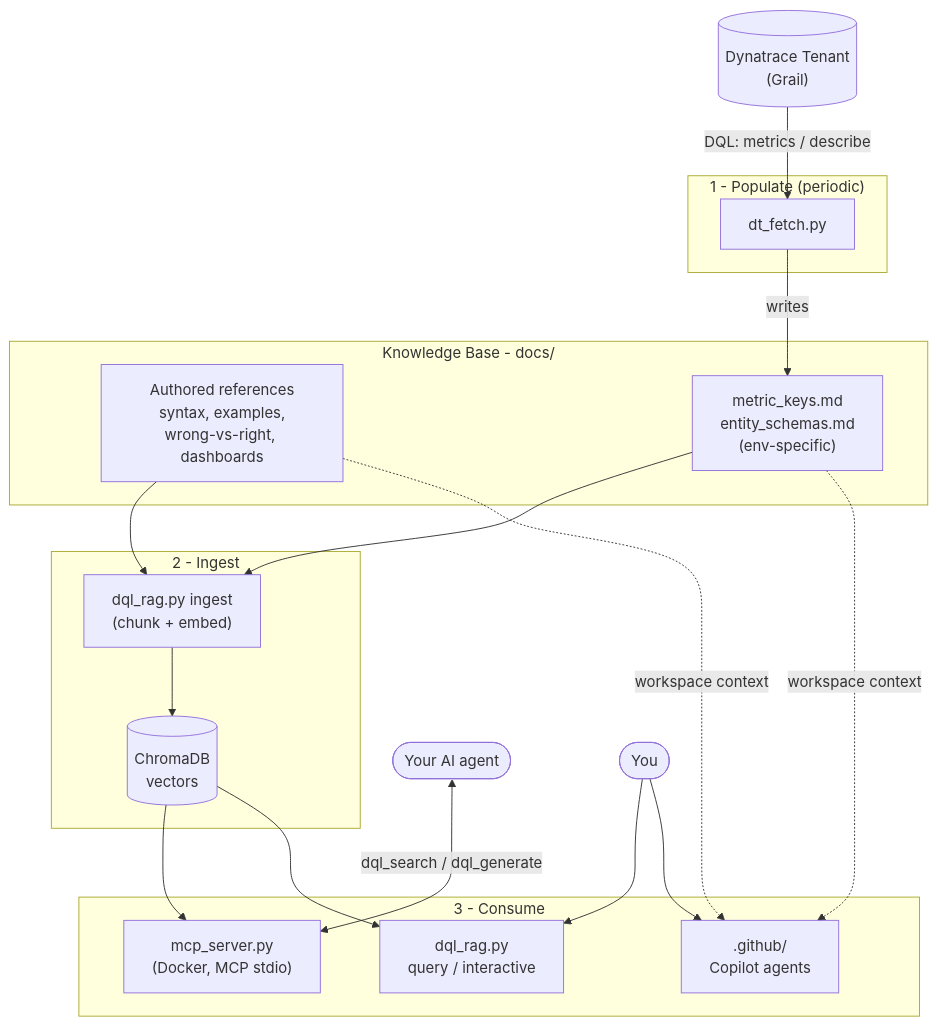
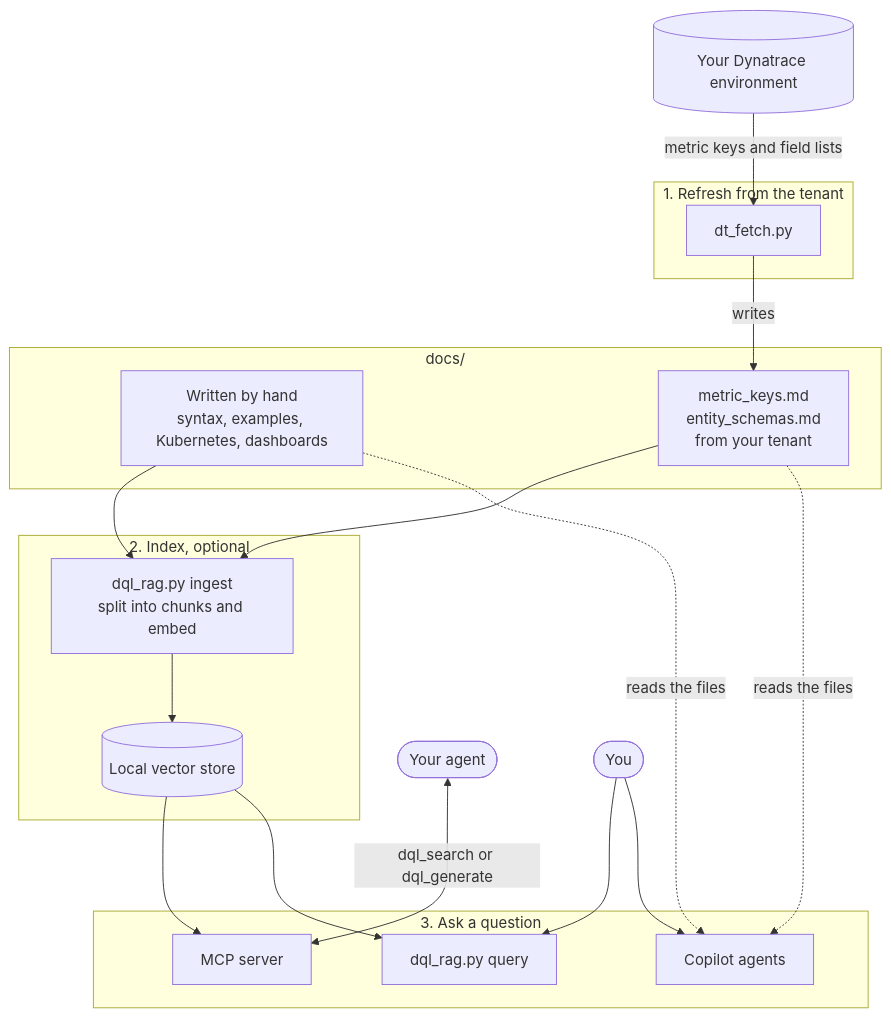
One commit to aachtenberg/dynatrace-dql-kb changed the first of 2 diagrams in ARCHITECTURE.md. Above: the diagram before and after it, drawn with Mermaid. The commit also changed other lines of this file and 23 other files, not shown here.

````diff
--- a/ARCHITECTURE.md
+++ b/ARCHITECTURE.md
@@ -18,37 +13,37 @@
 ```mermaid
 flowchart TB
-    DT[("Dynatrace Tenant<br/>(Grail)")]
+    DT[("Your Dynatrace environment")]
 
-    subgraph populate["1 - Populate (periodic)"]
+    subgraph populate["1. Refresh from the tenant"]
         FETCH["dt_fetch.py"]
     end
-    DT -->|"DQL: metrics / describe"| FETCH
+    DT -->|"metric keys and field lists"| FETCH
 
-    subgraph kb["Knowledge Base - docs/"]
-        AUTHORED["Authored references<br/>syntax, examples,<br/>wrong-vs-right, dashboards"]
-        ENVDOCS["metric_keys.md<br/>entity_schemas.md<br/>(env-specific)"]
+    subgraph kb["docs/"]
+        AUTHORED["Written by hand<br/>syntax, examples, Kubernetes, dashboards"]
+        ENVDOCS["metric_keys.md<br/>entity_schemas.md<br/>from your tenant"]
     end
     FETCH -->|writes| ENVDOCS
 
-    subgraph ingest["2 - Ingest"]
-        ING["dql_rag.py ingest<br/>(chunk + embed)"]
-        CHROMA[("ChromaDB<br/>vectors")]
+    subgraph ingest["2. Index, optional"]
+        ING["dql_rag.py ingest<br/>split into chunks and embed"]
+        CHROMA[("Local vector store")]
     end
     AUTHORED --> ING
     ENVDOCS --> ING
     ING --> CHROMA
 
-    subgraph consume["3 - Consume"]
-        MCP["mcp_server.py<br/>(Docker, MCP stdio)"]
-        CLI["dql_rag.py<br/>query / interactive"]
-        COPILOT[".github/<br/>Copilot agents"]
+    subgraph consume["3. Ask a question"]
+        MCP["MCP server"]
+        CLI["dql_rag.py query"]
+        COPILOT["Copilot agents"]
     end
     CHROMA --> MCP
     CHROMA --> CLI
-    AUTHORED -. "workspace context" .-> COPILOT
-    ENVDOCS -. "workspace context" .-> COPILOT
+    AUTHORED -. "reads the files" .-> COPILOT
+    ENVDOCS -. "reads the files" .-> COPILOT
 
-    AGENT(["Your AI agent"]) <-->|"dql_search / dql_generate"| MCP
+    AGENT(["Your agent"]) <-->|"dql_search or dql_generate"| MCP
     USER(["You"]) --> CLI
     USER --> COPILOT
 ```
````
